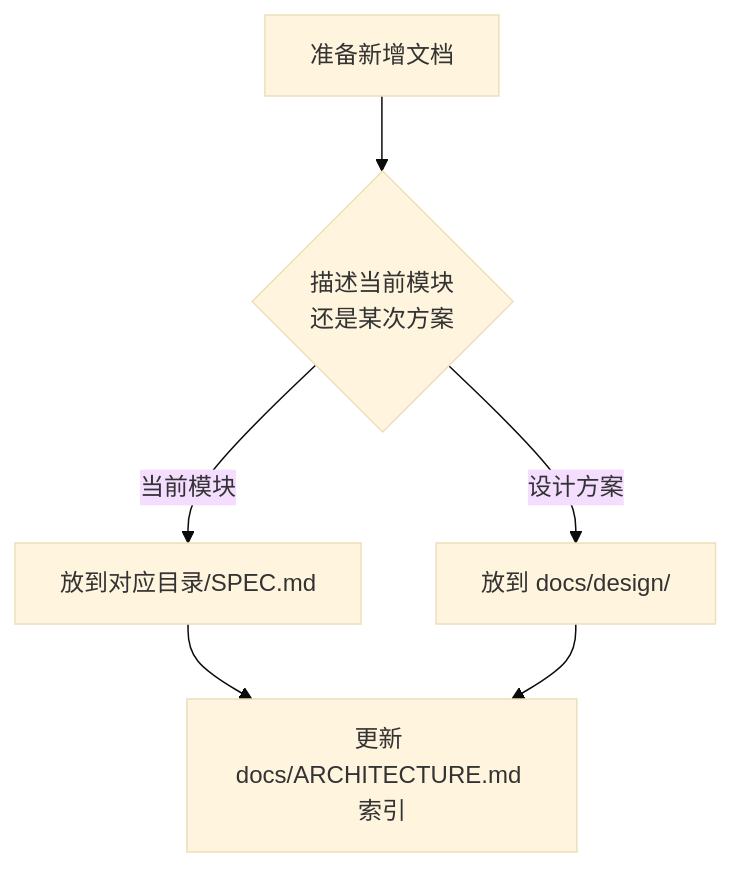
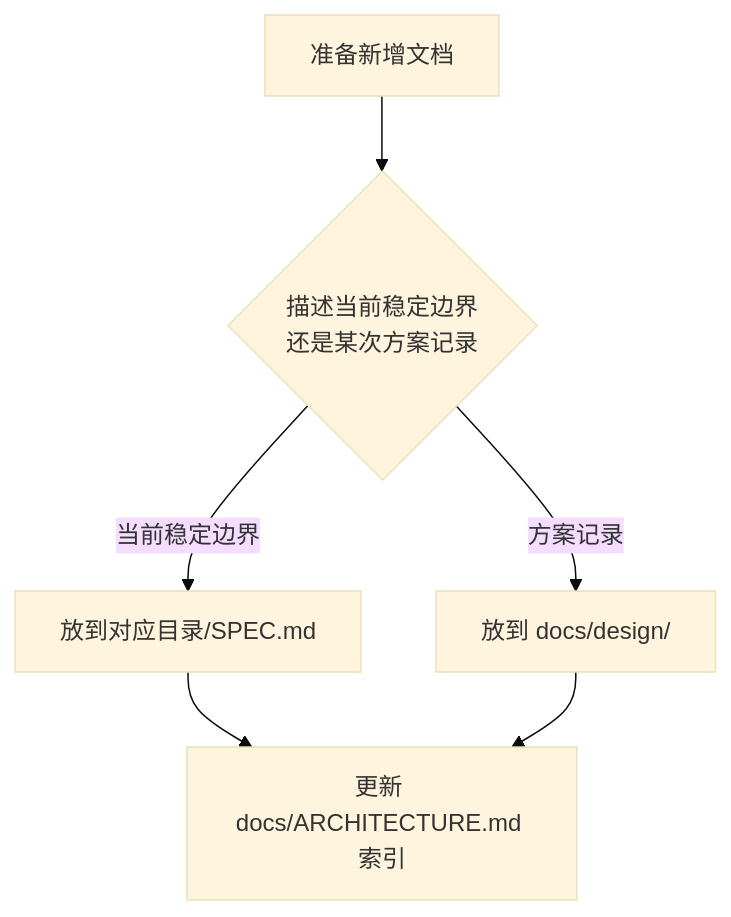
Before and after one commit to neavo/LinguaGacha: the third of 3 diagrams in docs/ARCHITECTURE.md, drawn with Mermaid (base theme). The commit also changed other lines of this file and 7 other files, not shown here.

````diff
--- a/docs/ARCHITECTURE.md
+++ b/docs/ARCHITECTURE.md
@@ -91,8 +91,8 @@
 ```mermaid
 flowchart TD
-    A["准备新增文档"] --> B{"描述当前模块<br/>还是某次方案"}
-    B -->|当前模块| C["放到对应目录/SPEC.md"]
-    B -->|设计方案| D["放到 docs/design/"]
+    A["准备新增文档"] --> B{"描述当前稳定边界<br/>还是某次方案记录"}
+    B -->|当前稳定边界| C["放到对应目录/SPEC.md"]
+    B -->|方案记录| D["放到 docs/design/"]
     C --> E["更新 docs/ARCHITECTURE.md 索引"]
     D --> E
 ```
````
